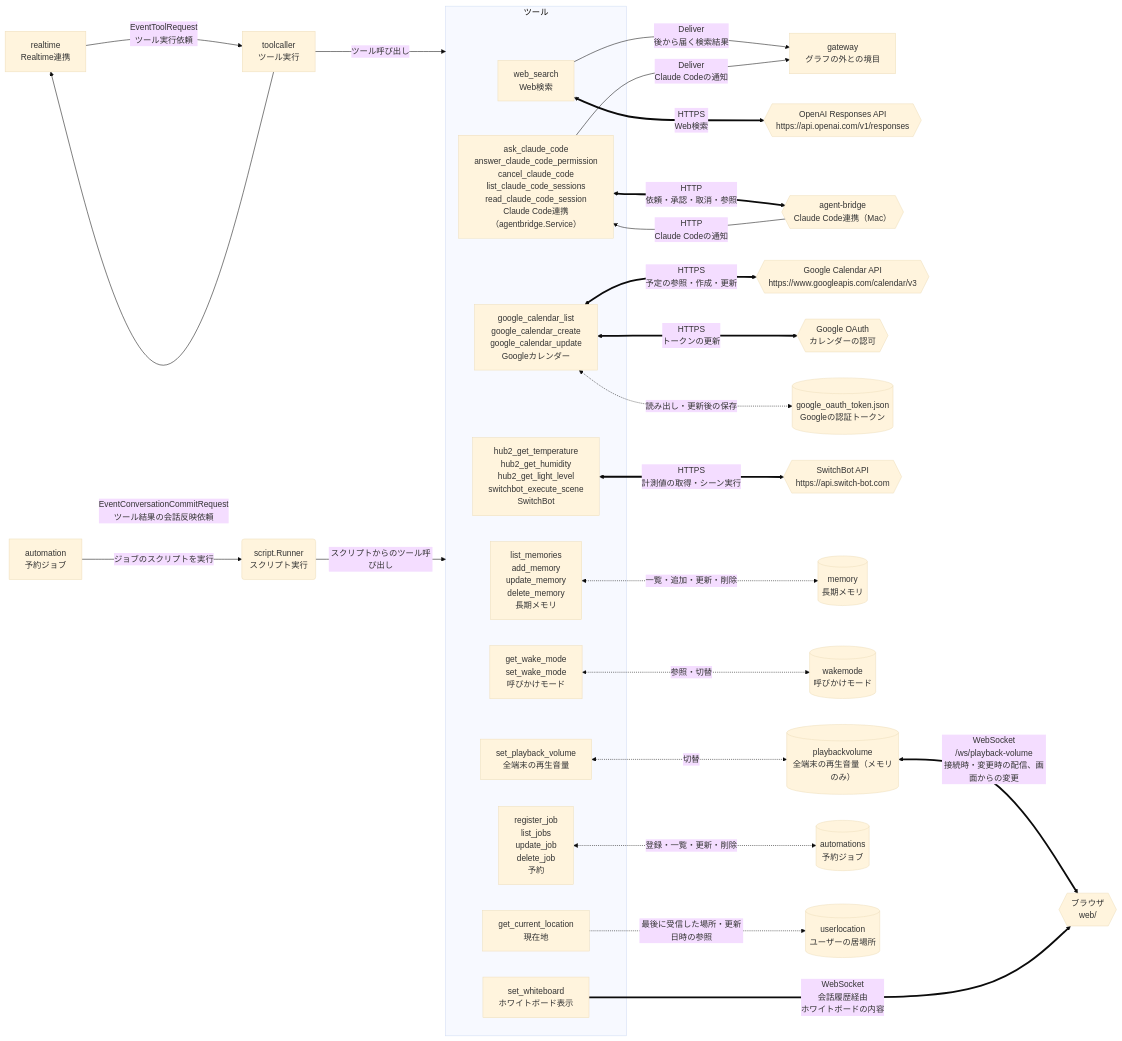
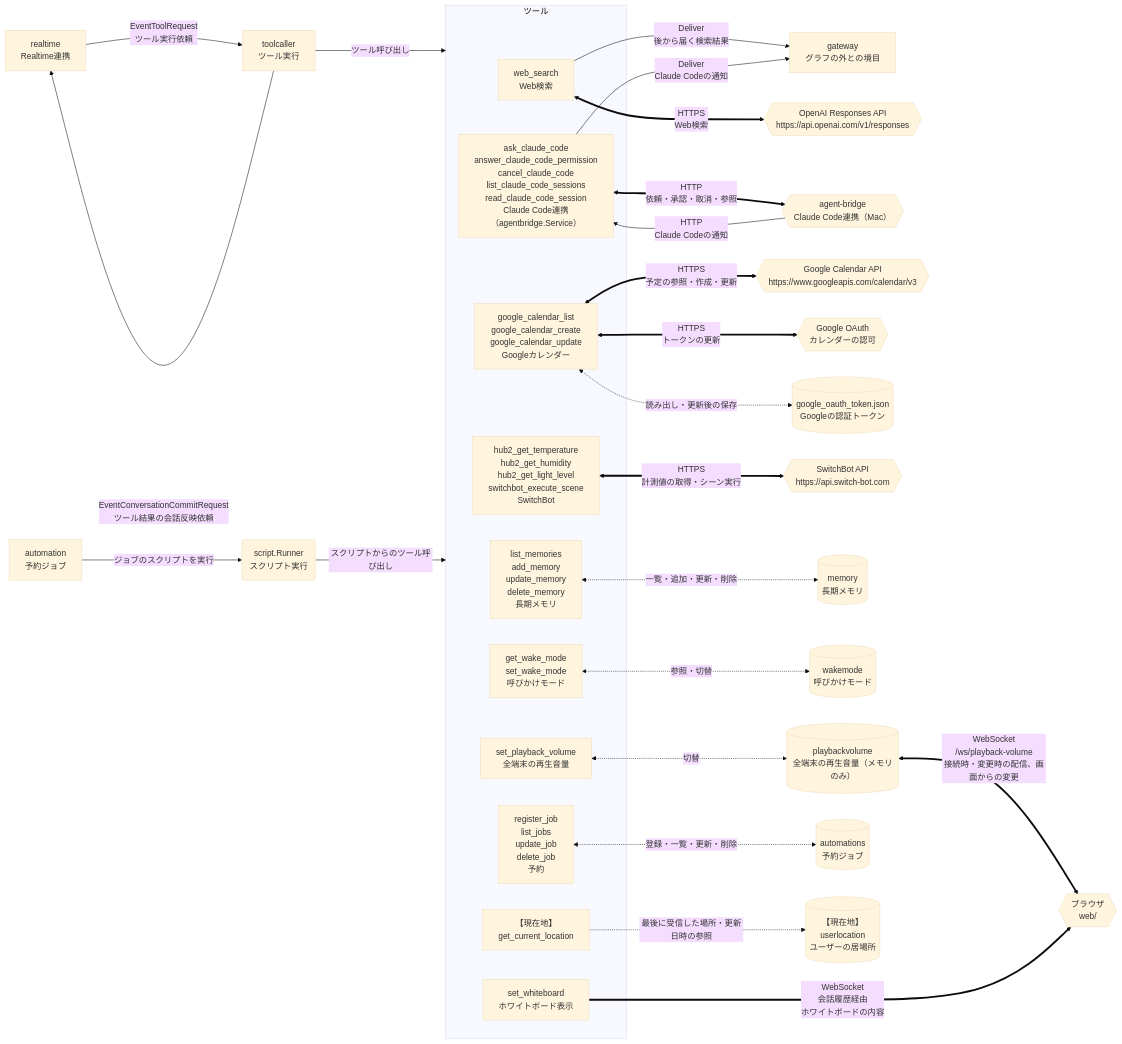
One commit to tetetratra/smart-speaker changed the third of 3 diagrams in README.md. Above: the diagram before and after it, drawn with Mermaid (base theme). The commit also changed other lines of this file and 15 other files, not shown here.

````diff
--- a/README.md
+++ b/README.md
@@ -165,58 +167,58 @@
 ```mermaid
 flowchart LR
     rt["realtime<br/>Realtime連携"]
     tool["toolcaller<br/>ツール実行"]
     scheduler["automation<br/>予約ジョブ"]
     runner("script.Runner<br/>スクリプト実行")
     gateway["gateway<br/>グラフの外との境目"]
 
     subgraph toolset["ツール"]
         webSearchTool["web_search<br/>Web検索"]
         claudeCodeTool["ask_claude_code<br/>answer_claude_code_permission<br/>cancel_claude_code<br/>list_claude_code_sessions<br/>read_claude_code_session<br/>Claude Code連携（agentbridge.Service）"]
         calendarTool["google_calendar_list<br/>google_calendar_create<br/>google_calendar_update<br/>Googleカレンダー"]
         switchBotTool["hub2_get_temperature<br/>hub2_get_humidity<br/>hub2_get_light_level<br/>switchbot_execute_scene<br/>SwitchBot"]
         memoryTool["list_memories<br/>add_memory<br/>update_memory<br/>delete_memory<br/>長期メモリ"]
         wakeModeTool["get_wake_mode<br/>set_wake_mode<br/>呼びかけモード"]
         volumeTool["set_playback_volume<br/>全端末の再生音量"]
         automationTool["register_job<br/>list_jobs<br/>update_job<br/>delete_job<br/>予約"]
         whiteboardTool["set_whiteboard<br/>ホワイトボード表示"]
-        locationTool["get_current_location<br/>現在地"]
+        locationTool["【現在地】<br/>get_current_location"]
     end
 
 
     openaiResponses{{"OpenAI Responses API<br/>https://api.openai.com/v1/responses"}}
     agentBridge{{"agent-bridge<br/>Claude Code連携（Mac）"}}
     googleCalendar{{"Google Calendar API<br/>https://www.googleapis.com/calendar/v3"}}
     googleOAuth{{"Google OAuth<br/>カレンダーの認可"}}
     googleTokenStore[("google_oauth_token.json<br/>Googleの認証トークン")]
     switchBot{{"SwitchBot API<br/>https://api.switch-bot.com"}}
     memoryStore[("memory<br/>長期メモリ")]
     wakeModeStore[("wakemode<br/>呼びかけモード")]
     volumeStore[("playbackvolume<br/>全端末の再生音量（メモリのみ）")]
     automationStore[("automations<br/>予約ジョブ")]
-    locationStore[("userlocation<br/>ユーザーの居場所")]
+    locationStore[("【現在地】<br/>userlocation<br/>ユーザーの居場所")]
     browser{{"ブラウザ<br/>web/"}}
 
     rt -->|"EventToolRequest<br/>ツール実行依頼"| tool
     tool -->|"EventConversationCommitRequest<br/>ツール結果の会話反映依頼"| rt
     tool -->|"ツール呼び出し"| toolset
     scheduler -->|"ジョブのスクリプトを実行"| runner
     runner -->|"スクリプトからのツール呼び出し"| toolset
 
     webSearchTool <==>|"HTTPS<br/>Web検索"| openaiResponses
     webSearchTool -->|"Deliver<br/>後から届く検索結果"| gateway
     claudeCodeTool <==>|"HTTP<br/>依頼・承認・取消・参照"| agentBridge
     agentBridge -->|"HTTP<br/>Claude Codeの通知"| claudeCodeTool
     claudeCodeTool -->|"Deliver<br/>Claude Codeの通知"| gateway
     calendarTool <==>|"HTTPS<br/>予定の参照・作成・更新"| googleCalendar
     calendarTool <-.->|"読み出し・更新後の保存"| googleTokenStore
     calendarTool <==>|"HTTPS<br/>トークンの更新"| googleOAuth
     switchBotTool <==>|"HTTPS<br/>計測値の取得・シーン実行"| switchBot
     memoryTool <-.->|"一覧・追加・更新・削除"| memoryStore
     wakeModeTool <-.->|"参照・切替"| wakeModeStore
     volumeTool <-.->|"切替"| volumeStore
     volumeStore <==>|"WebSocket<br/>/ws/playback-volume<br/>接続時・変更時の配信、画面からの変更"| browser
     automationTool <-.->|"登録・一覧・更新・削除"| automationStore
     locationTool -.->|"最後に受信した場所・更新日時の参照"| locationStore
     whiteboardTool ==>|"WebSocket<br/>会話履歴経由<br/>ホワイトボードの内容"| browser
 ```
````
